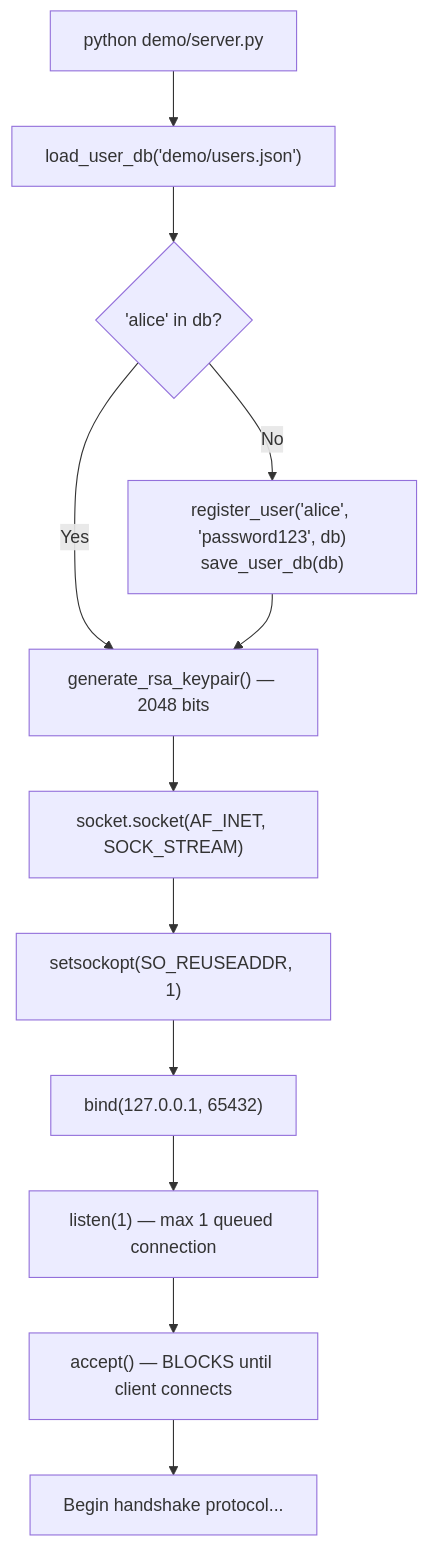
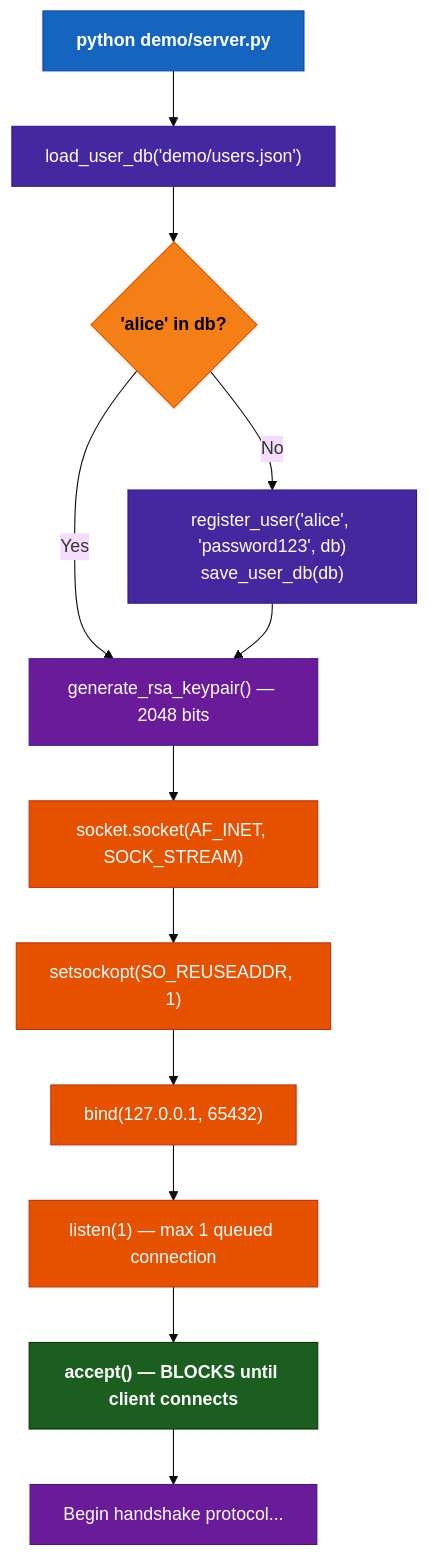
Before and after one commit to HeshamAfandi/Secure-Communication-System: diagram 12 of 14 in PROJECT_DOCUMENTATION.md, drawn with Mermaid. The commit also changed other lines of this file, not shown here.

Commit message:
made the diagrams colored

````diff
--- a/PROJECT_DOCUMENTATION.md
+++ b/PROJECT_DOCUMENTATION.md
@@ -884,14 +954,22 @@
 ```mermaid
+%%{init: {'theme': 'base'}}%%
 flowchart TD
-    S1["python demo/server.py"] --> S2["load_user_db('demo/users.json')"]
-    S2 --> S3{"'alice' in db?"}
-    S3 -->|No| S4["register_user('alice', 'password123', db)<br/>save_user_db(db)"]
+    classDef start    fill:#1565C0,stroke:#0D47A1,color:#FFFFFF,font-weight:bold
+    classDef dbOp     fill:#4527A0,stroke:#311B92,color:#FFFFFF
+    classDef decision fill:#F57F17,stroke:#E65100,color:#000000,font-weight:bold
+    classDef crypto   fill:#6A1B9A,stroke:#4A148C,color:#FFFFFF
+    classDef network  fill:#E65100,stroke:#BF360C,color:#FFFFFF
+    classDef block    fill:#1B5E20,stroke:#0D3B00,color:#FFFFFF,font-weight:bold
+
+    S1["python demo/server.py"]:::start --> S2["load_user_db('demo/users.json')"]:::dbOp
+    S2 --> S3{"'alice' in db?"}:::decision
+    S3 -->|No| S4["register_user('alice', 'password123', db)<br/>save_user_db(db)"]:::dbOp
     S3 -->|Yes| S5
-    S4 --> S5["generate_rsa_keypair() — 2048 bits"]
-    S5 --> S6["socket.socket(AF_INET, SOCK_STREAM)"]
-    S6 --> S7["setsockopt(SO_REUSEADDR, 1)"]
-    S7 --> S8["bind(127.0.0.1, 65432)"]
-    S8 --> S9["listen(1) — max 1 queued connection"]
-    S9 --> S10["accept() — BLOCKS until client connects"]
-    S10 --> S11["Begin handshake protocol..."]
+    S4 --> S5["generate_rsa_keypair() — 2048 bits"]:::crypto
+    S5 --> S6["socket.socket(AF_INET, SOCK_STREAM)"]:::network
+    S6 --> S7["setsockopt(SO_REUSEADDR, 1)"]:::network
+    S7 --> S8["bind(127.0.0.1, 65432)"]:::network
+    S8 --> S9["listen(1) — max 1 queued connection"]:::network
+    S9 --> S10["accept() — BLOCKS until client connects"]:::block
+    S10 --> S11["Begin handshake protocol..."]:::crypto
 ```
````
